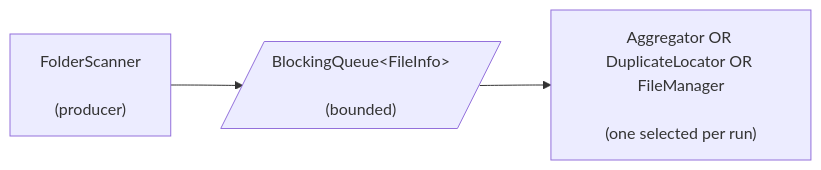
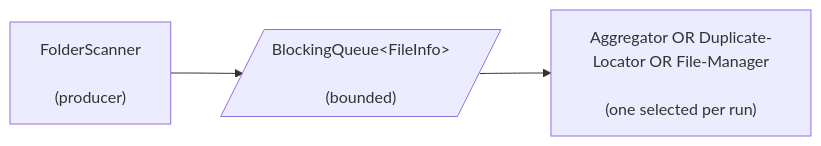
One commit to erancha/folder-scanner changed the diagram in README.md. Above: the diagram before and after it, drawn with Mermaid. The commit also changed other lines of this file, not shown here.

````diff
--- a/README.md
+++ b/README.md
@@ -18,5 +18,5 @@
 ```mermaid
 flowchart LR
     FS["FolderScanner<br/><br/>(producer)"] --> Q[/"BlockingQueue&lt;FileInfo&gt;<br/><br/>(bounded)"/]
-    Q --> C["Aggregator OR DuplicateLocator OR FileManager<br/><br/>(one selected per run)"]
+    Q --> C["Aggregator OR Duplicate-Locator OR File-Manager<br/><br/>(one selected per run)"]
 ```
````
